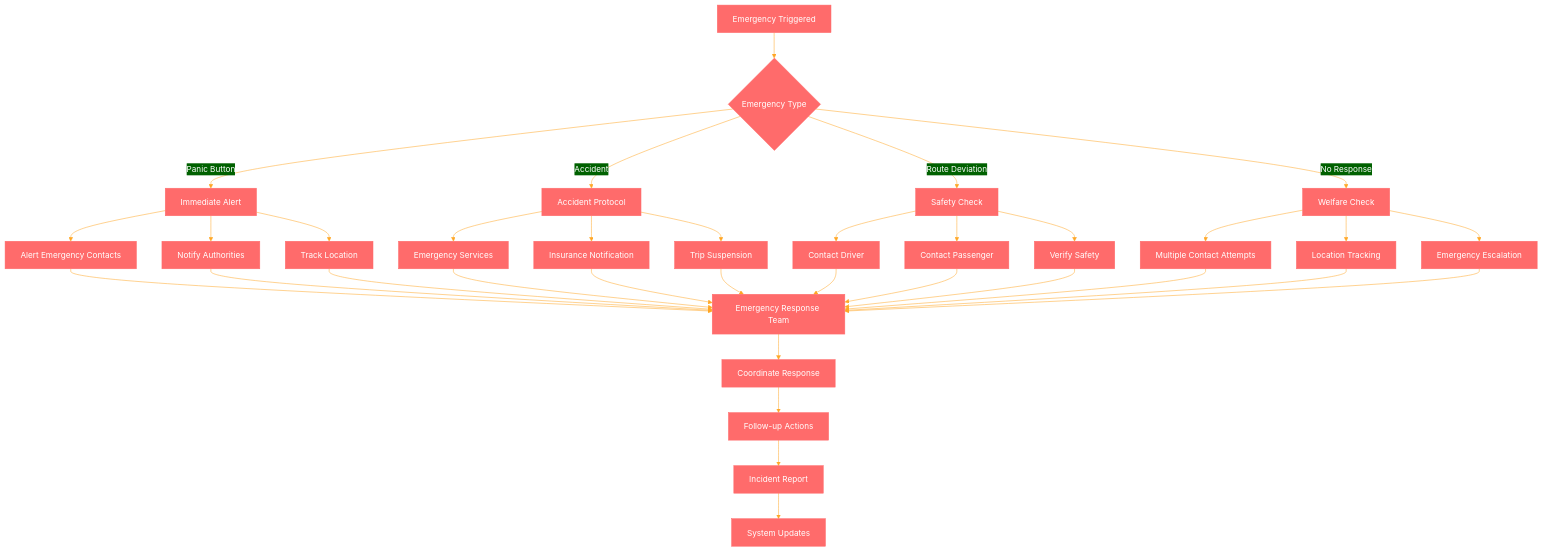
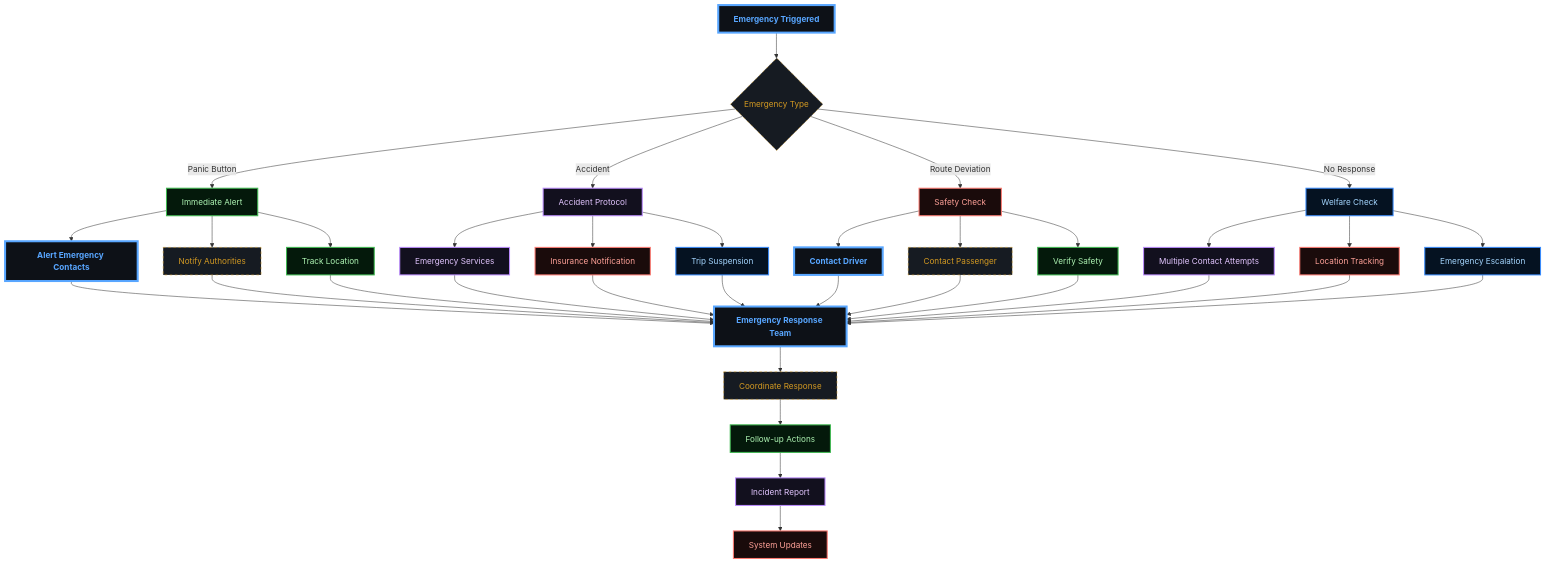
Diagram 16 of 17 in docs/BUSINESS_PROCESSES.md (abdoElHodaky/transportapp), drawn with Mermaid before and after one commit. The commit also changed other lines of this file and 9 other files, not shown here.

````diff
--- a/docs/BUSINESS_PROCESSES.md
+++ b/docs/BUSINESS_PROCESSES.md
@@ -540,5 +1037,4 @@
 ```mermaid
-%%{init: {'theme':'base', 'themeVariables': {'primaryColor':'#ff6b6b','primaryTextColor':'#fff','primaryBorderColor':'#ff6b6b','lineColor':'#ffa726','sectionBkgColor':'#ff6b6b','altSectionBkgColor':'#fff','gridColor':'#fff','secondaryColor':'#006100','tertiaryColor':'#fff'}}}%%
 flowchart TD
     A[Emergency Triggered] --> B{Emergency Type}
     
@@ -580,4 +1076,48 @@
     T --> U[Follow-up Actions]
     U --> V[Incident Report]
     V --> W[System Updates]
+
+    %% --- DARK GRADIENT & GLOW STYLING ---
+    
+    %% Main Dashboard (Neon Cyan/Blue)
+    classDef main fill:#0d1117,stroke:#58a6ff,stroke-width:4px,color:#58a6ff,font-weight:bold;
+    
+    %% Decision Diamond (Gold Glow)
+    classDef decision fill:#161b22,stroke:#d29922,color:#d29922,stroke-dasharray: 5 5;
+    
+    %% Revenue (Emerald Gradient Style)
+    classDef revNode fill:#04190b,stroke:#3fb950,color:#aff5b4,stroke-width:2px;
+    
+    %% Commission (Purple Gradient Style)
+    classDef commNode fill:#12101e,stroke:#bc8cff,color:#e2c5ff,stroke-width:2px;
+    
+    %% Refund (Ruby Gradient Style)
+    classDef refNode fill:#1a0b0b,stroke:#ff7b72,color:#ffa198,stroke-width:2px;
+    
+    %% Earnings (Sapphire Gradient Style)
+    classDef earnNode fill:#051221,stroke:#388bfd,color:#a5d6ff,stroke-width:2px;
+
+    class A main;
+    class B decision;
+    class C revNode;
+    class D commNode;
+    class E refNode;
+    class F earnNode;
+    class G main;
+    class H decision;
+    class I revNode;
+    class J commNode;
+    class K refNode;
+    class L earnNode;
+    class M main;
+    class N decision;
+    class O revNode;
+    class P commNode;
+    class Q refNode;
+    class R earnNode;
+    class S main;
+    class T decision;
+    class U revNode;
+    class V commNode;
+    class W refNode;
 ```
````
